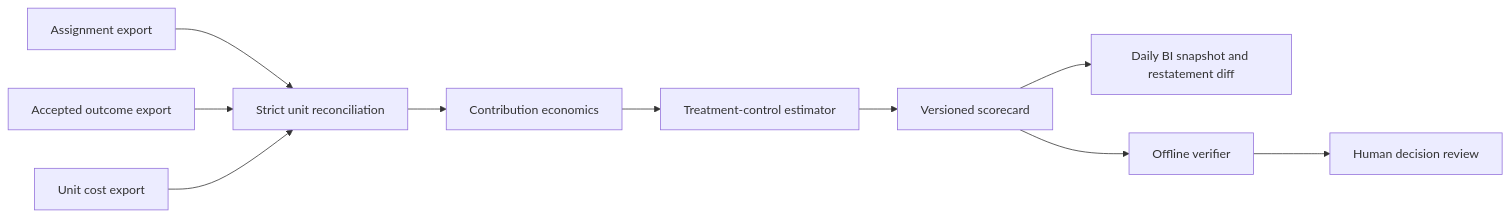
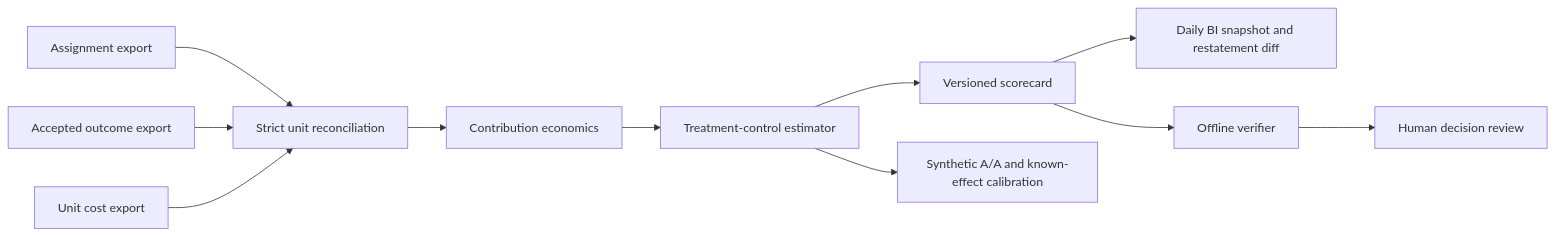
Before and after one commit to AAH20/growth-decision-engine: the first of 2 diagrams in README.md, drawn with Mermaid. The commit also changed other lines of this file and 9 other files, not shown here.

````diff
--- a/README.md
+++ b/README.md
@@ -64,12 +78,13 @@
 ```mermaid
 flowchart LR
     A[Assignment export] --> R[Strict unit reconciliation]
     O[Accepted outcome export] --> R
     C[Unit cost export] --> R
     R --> E[Contribution economics]
     E --> T[Treatment-control estimator]
     T --> S[Versioned scorecard]
+    T --> CAL[Synthetic A/A and known-effect calibration]
     S --> B[Daily BI snapshot and restatement diff]
     S --> V[Offline verifier]
     V --> H[Human decision review]
 ```
````
